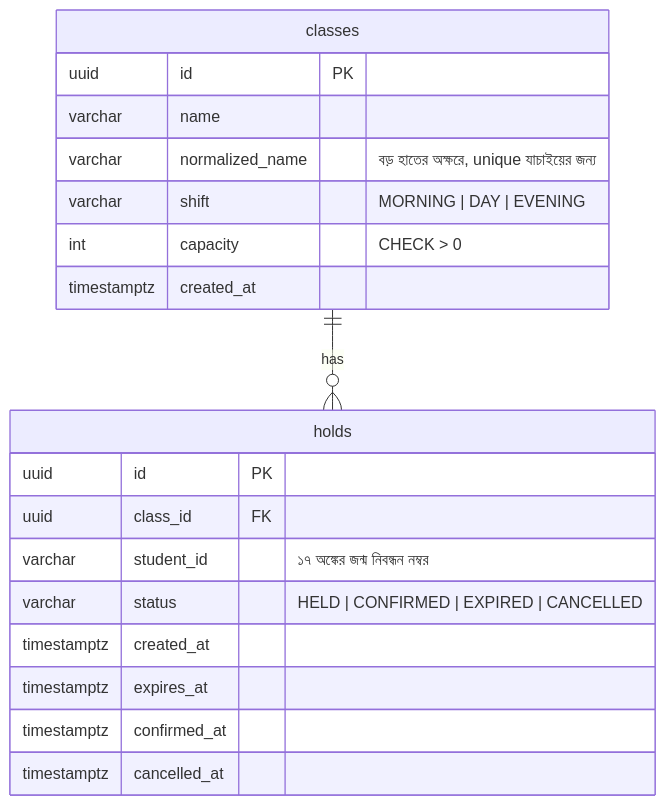
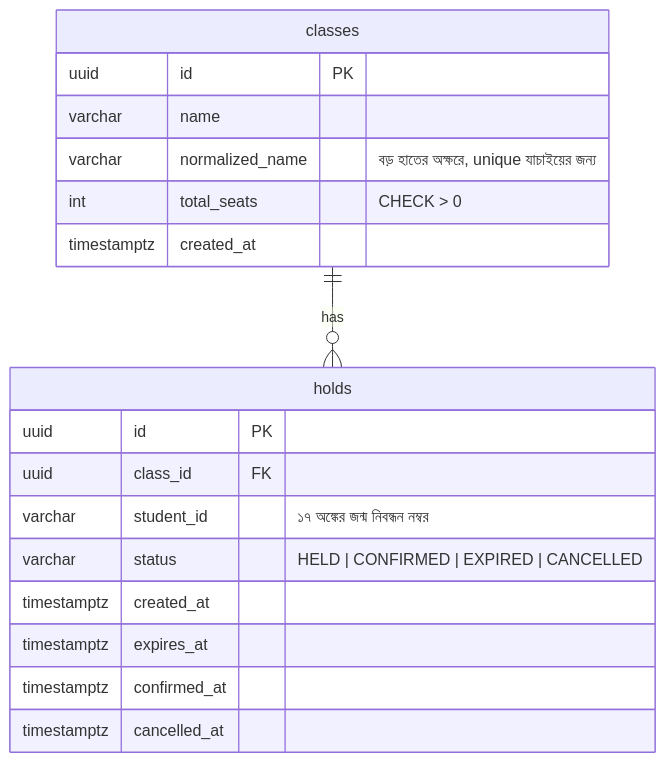
One commit to sahidulcse12/AdmissionManagementSystem changed the second of 3 diagrams in ARCHITECTURE.bn.md. Above: the diagram before and after it, drawn with Mermaid. The commit also changed other lines of this file and 4 other files, not shown here.

Commit message:
docs: update README and architecture for totalSeats, shifts as classes and multi-instance mode

````diff
--- a/ARCHITECTURE.bn.md
+++ b/ARCHITECTURE.bn.md
@@ -49,22 +49,21 @@
 ```mermaid
 erDiagram
   classes ||--o{ holds : "has"
   classes {
     uuid id PK
     varchar name
     varchar normalized_name "বড় হাতের অক্ষরে, unique যাচাইয়ের জন্য"
-    varchar shift "MORNING | DAY | EVENING"
-    int capacity "CHECK > 0"
+    int total_seats "CHECK > 0"
     timestamptz created_at
   }
   holds {
     uuid id PK
     uuid class_id FK
     varchar student_id "১৭ অঙ্কের জন্ম নিবন্ধন নম্বর"
     varchar status "HELD | CONFIRMED | EXPIRED | CANCELLED"
     timestamptz created_at
     timestamptz expires_at
     timestamptz confirmed_at
     timestamptz cancelled_at
   }
 ```
````
